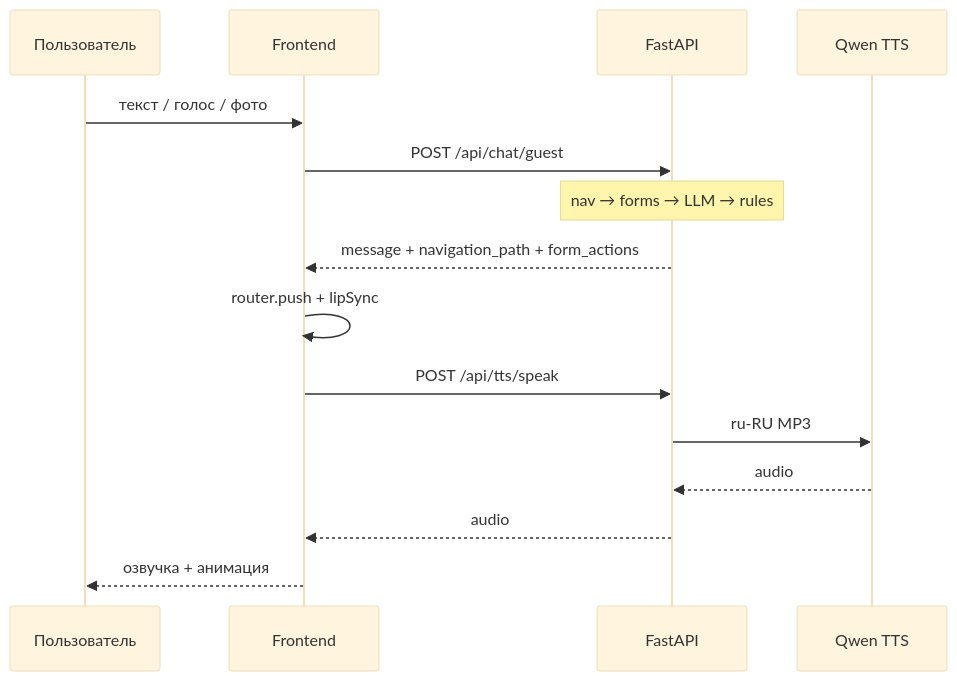
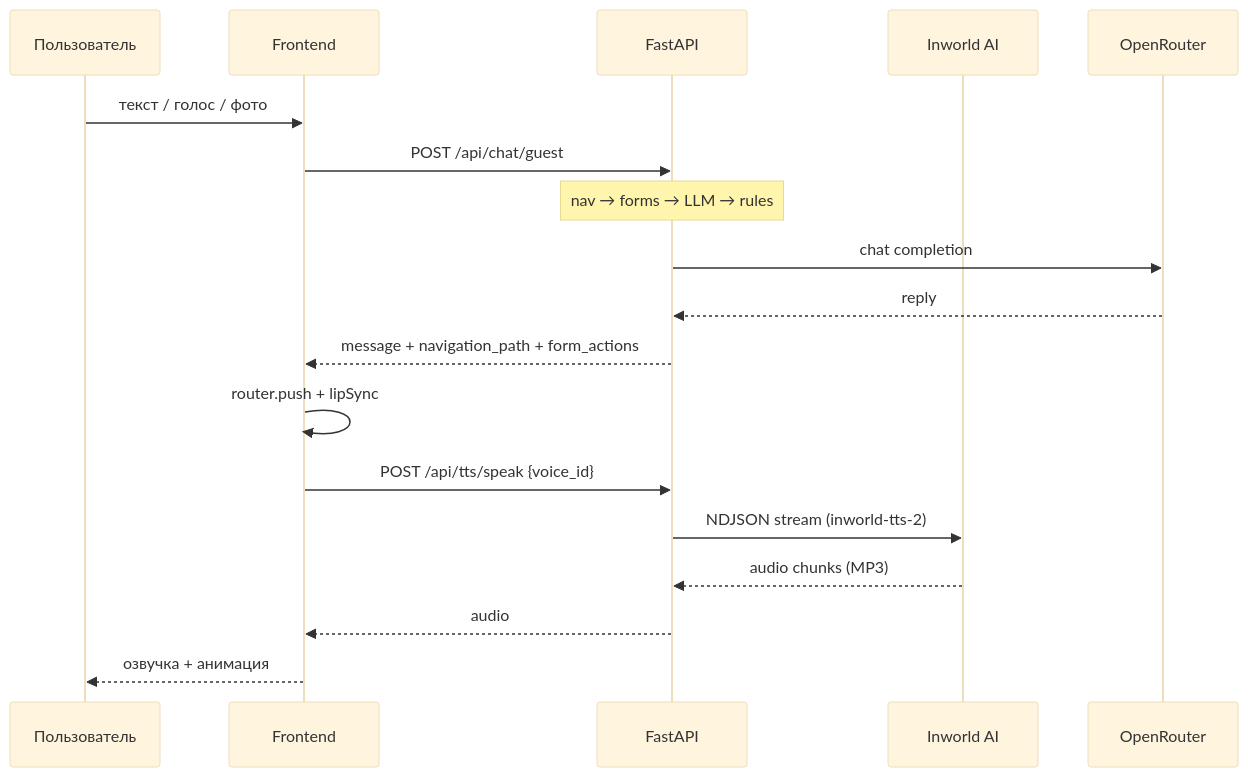
The fifth of 5 diagrams in docs/ARCHITECTURE.md (grrraaaa/mvp), drawn with Mermaid (base theme) before and after one commit. The commit also changed other lines of this file and 7 other files, not shown here.

````diff
--- a/docs/ARCHITECTURE.md
+++ b/docs/ARCHITECTURE.md
@@ -117,18 +126,21 @@
 ```mermaid
 sequenceDiagram
     participant U as Пользователь
     participant FE as Frontend
     participant BE as FastAPI
-    participant QW as Qwen TTS
+    participant IW as Inworld AI
+    participant OR as OpenRouter
 
     U->>FE: текст / голос / фото
     FE->>BE: POST /api/chat/guest
     Note over BE: nav → forms → LLM → rules
+    BE->>OR: chat completion
+    OR-->>BE: reply
     BE-->>FE: message + navigation_path + form_actions
     FE->>FE: router.push + lipSync
-    FE->>BE: POST /api/tts/speak
-    BE->>QW: ru-RU MP3
-    QW-->>BE: audio
+    FE->>BE: POST /api/tts/speak {voice_id}
+    BE->>IW: NDJSON stream (inworld-tts-2)
+    IW-->>BE: audio chunks (MP3)
     BE-->>FE: audio
     FE-->>U: озвучка + анимация
 ```
````
